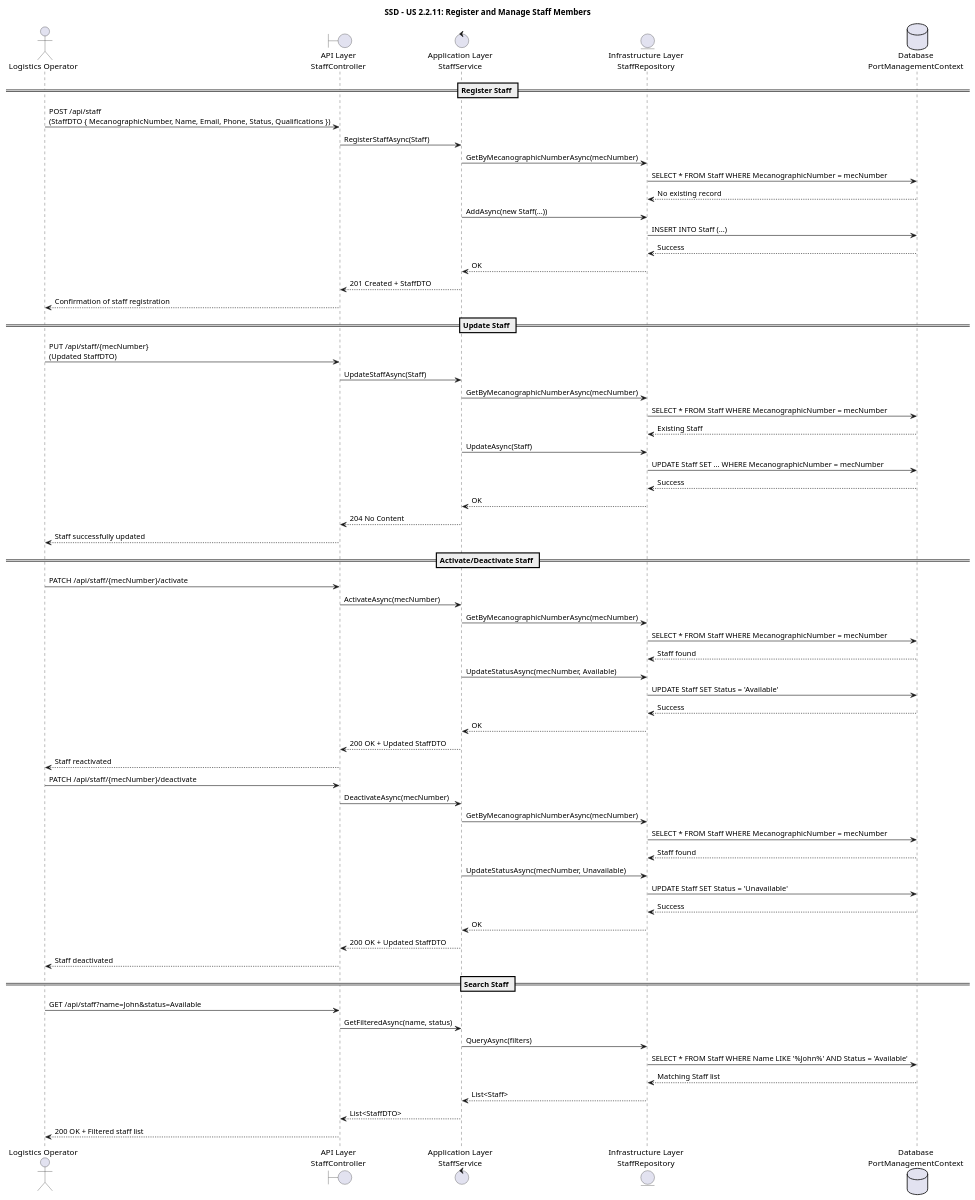
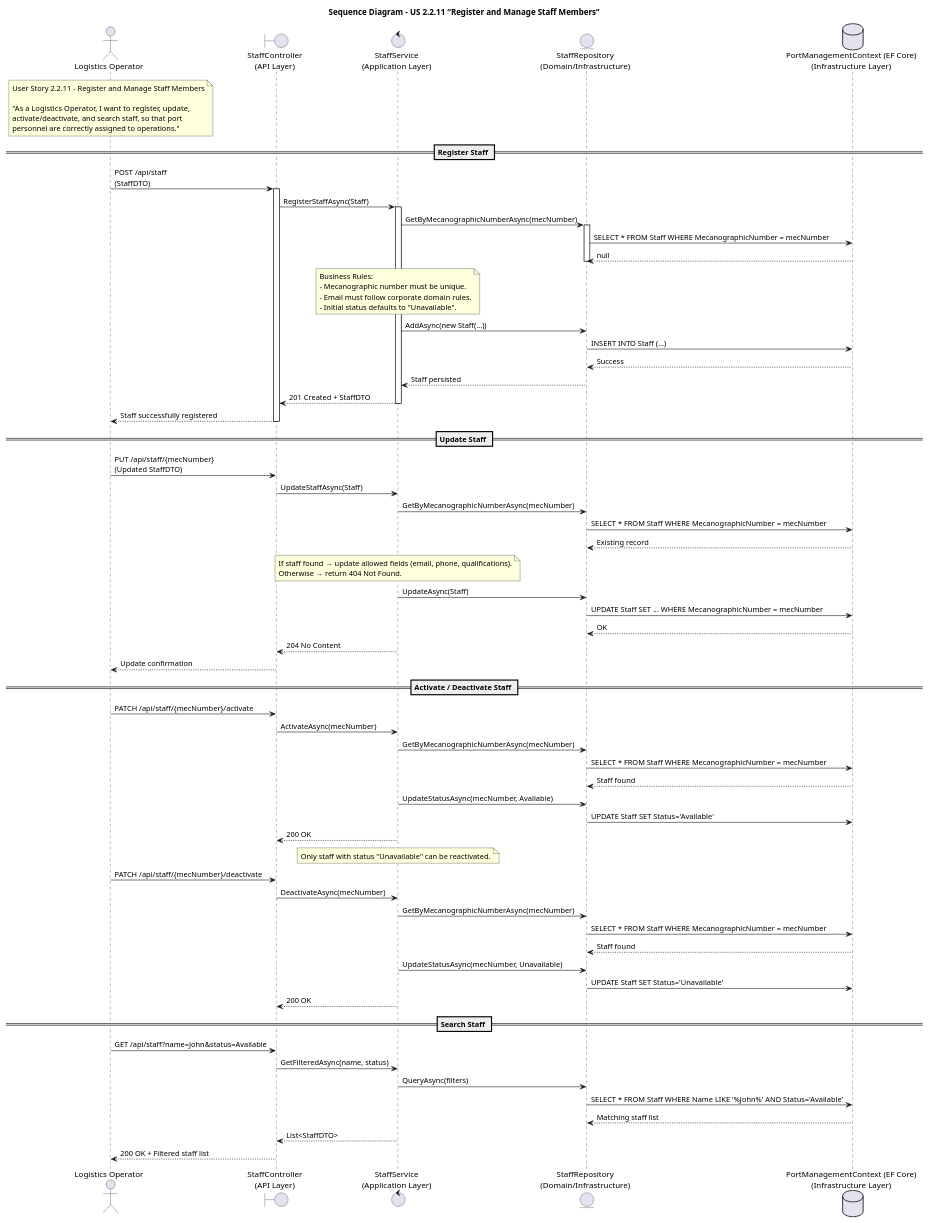
The diagram in docs/US 2.2.11/Sequence Diagram – US 2.2.11.puml (igor-coutinho22/Port_Management_System), drawn with PlantUML before and after one commit. The commit also changed 2 other files, not shown here.

```diff
--- a/docs/US 2.2.11/Sequence Diagram – US 2.2.11.puml
+++ b/docs/US 2.2.11/Sequence Diagram – US 2.2.11.puml
@@ -1,70 +1,97 @@
 @startuml
-title SSD - US 2.2.11: Register and Manage Staff Members
+title Sequence Diagram – US 2.2.11 “Register and Manage Staff Members”
 
 actor "Logistics Operator" as Operator
-boundary "API Layer\nStaffController" as API
-control "Application Layer\nStaffService" as Service
-entity "Infrastructure Layer\nStaffRepository" as Repo
-database "Database\nPortManagementContext" as DB
+boundary "StaffController\n(API Layer)" as API
+control "StaffService\n(Application Layer)" as Service
+entity "StaffRepository\n(Domain/Infrastructure)" as Repo
+database "PortManagementContext (EF Core)\n(Infrastructure Layer)" as DB
+
+note over Operator
+User Story 2.2.11 – Register and Manage Staff Members
+
+"As a Logistics Operator, I want to register, update,
+activate/deactivate, and search staff, so that port
+personnel are correctly assigned to operations."
+end note
 
 == Register Staff ==
-Operator -> API : POST /api/staff\n(StaffDTO { MecanographicNumber, Name, Email, Phone, Status, Qualifications })
+
+Operator -> API : POST /api/staff\n(StaffDTO)
+activate API
 API -> Service : RegisterStaffAsync(Staff)
+activate Service
 Service -> Repo : GetByMecanographicNumberAsync(mecNumber)
+activate Repo
 Repo -> DB : SELECT * FROM Staff WHERE MecanographicNumber = mecNumber
-DB --> Repo : No existing record
+DB --> Repo : null
+deactivate Repo
+
+note over Service
+Business Rules:
+- Mecanographic number must be unique.
+- Email must follow corporate domain rules.
+- Initial status defaults to "Unavailable".
+end note
+
 Service -> Repo : AddAsync(new Staff(...))
 Repo -> DB : INSERT INTO Staff (...)
 DB --> Repo : Success
-Repo --> Service : OK
+Repo --> Service : Staff persisted
 Service --> API : 201 Created + StaffDTO
-API --> Operator : Confirmation of staff registration
+deactivate Service
+API --> Operator : Staff successfully registered
+deactivate API
 
 == Update Staff ==
+
 Operator -> API : PUT /api/staff/{mecNumber}\n(Updated StaffDTO)
 API -> Service : UpdateStaffAsync(Staff)
 Service -> Repo : GetByMecanographicNumberAsync(mecNumber)
 Repo -> DB : SELECT * FROM Staff WHERE MecanographicNumber = mecNumber
-DB --> Repo : Existing Staff
+DB --> Repo : Existing record
+
+note over Service
+If staff found → update allowed fields (email, phone, qualifications).
+Otherwise → return 404 Not Found.
+end note
+
 Service -> Repo : UpdateAsync(Staff)
 Repo -> DB : UPDATE Staff SET ... WHERE MecanographicNumber = mecNumber
-DB --> Repo : Success
-Repo --> Service : OK
+DB --> Repo : OK
 Service --> API : 204 No Content
-API --> Operator : Staff successfully updated
+API --> Operator : Update confirmation
 
-== Activate/Deactivate Staff ==
+== Activate / Deactivate Staff ==
+
 Operator -> API : PATCH /api/staff/{mecNumber}/activate
 API -> Service : ActivateAsync(mecNumber)
 Service -> Repo : GetByMecanographicNumberAsync(mecNumber)
 Repo -> DB : SELECT * FROM Staff WHERE MecanographicNumber = mecNumber
 DB --> Repo : Staff found
 Service -> Repo : UpdateStatusAsync(mecNumber, Available)
-Repo -> DB : UPDATE Staff SET Status = 'Available'
-DB --> Repo : Success
-Repo --> Service : OK
-Service --> API : 200 OK + Updated StaffDTO
-API --> Operator : Staff reactivated
+Repo -> DB : UPDATE Staff SET Status='Available'
+Service --> API : 200 OK
+
+note over Service
+Only staff with status "Unavailable" can be reactivated.
+end note
 
 Operator -> API : PATCH /api/staff/{mecNumber}/deactivate
 API -> Service : DeactivateAsync(mecNumber)
 Service -> Repo : GetByMecanographicNumberAsync(mecNumber)
 Repo -> DB : SELECT * FROM Staff WHERE MecanographicNumber = mecNumber
 DB --> Repo : Staff found
 Service -> Repo : UpdateStatusAsync(mecNumber, Unavailable)
-Repo -> DB : UPDATE Staff SET Status = 'Unavailable'
-DB --> Repo : Success
-Repo --> Service : OK
-Service --> API : 200 OK + Updated StaffDTO
-API --> Operator : Staff deactivated
+Repo -> DB : UPDATE Staff SET Status='Unavailable'
+Service --> API : 200 OK
 
 == Search Staff ==
 Operator -> API : GET /api/staff?name=John&status=Available
 API -> Service : GetFilteredAsync(name, status)
 Service -> Repo : QueryAsync(filters)
-Repo -> DB : SELECT * FROM Staff WHERE Name LIKE '%John%' AND Status = 'Available'
-DB --> Repo : Matching Staff list
-Repo --> Service : List<Staff>
+Repo -> DB : SELECT * FROM Staff WHERE Name LIKE '%John%' AND Status='Available'
+DB --> Repo : Matching staff list
 Service --> API : List<StaffDTO>
 API --> Operator : 200 OK + Filtered staff list
 @enduml
```
